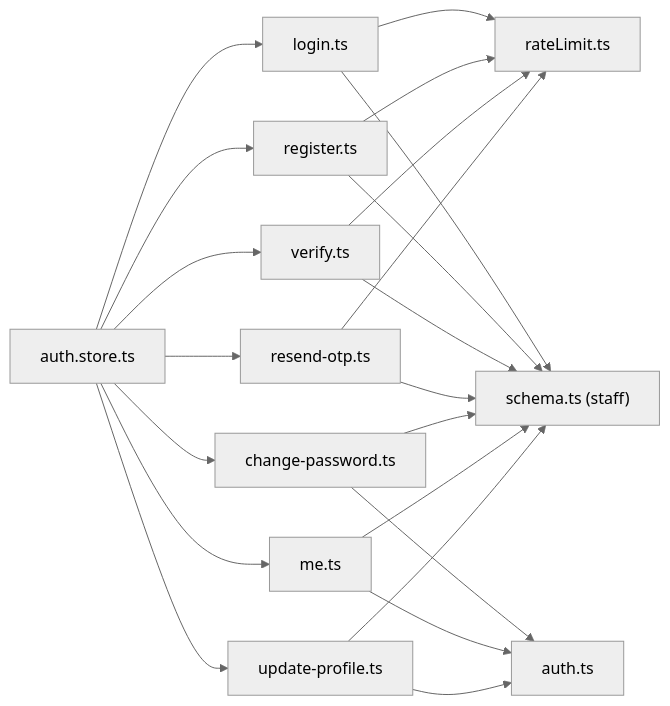
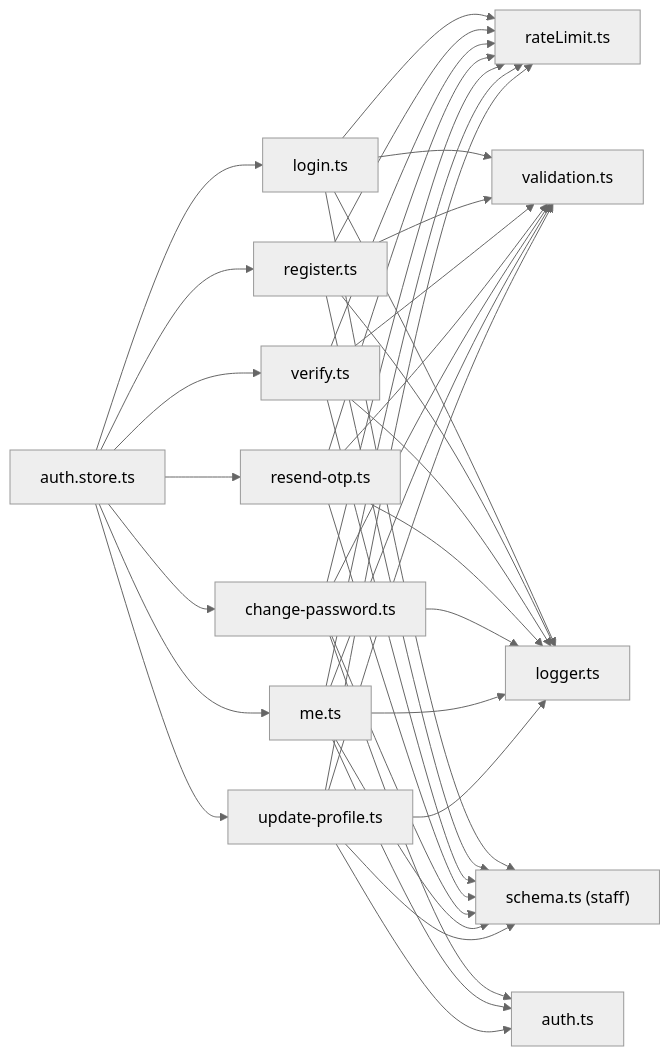
Before and after one commit to riod94/ngepos: the third of 3 diagrams in .qoder/repowiki/en/content/API Reference/Authentication API.md, drawn with Mermaid (neutral theme). The commit also changed other lines of this file and 51 other files, not shown here.

````diff
--- a/.qoder/repowiki/en/content/API Reference/Authentication API.md
+++ b/.qoder/repowiki/en/content/API Reference/Authentication API.md
@@ -339,24 +436,41 @@
 ```mermaid
 graph LR
 L["login.ts"] --> RL["rateLimit.ts"]
+L --> VL["validation.ts"]
+L --> LG["logger.ts"]
 L --> SCH["schema.ts (staff)"]
 R["register.ts"] --> RL
+R --> VL
+R --> LG
 R --> SCH
 V["verify.ts"] --> RL
+V --> VL
+V --> LG
 V --> SCH
 RO["resend-otp.ts"] --> RL
+RO --> VL
+RO --> LG
 RO --> SCH
 CP["change-password.ts"] --> AU["auth.ts"]
+CP --> RL
+CP --> VL
+CP --> LG
 CP --> SCH
 M["me.ts"] --> AU
+M --> RL
+M --> VL
+M --> LG
 M --> SCH
 UP["update-profile.ts"] --> AU
+UP --> RL
+UP --> VL
+UP --> LG
 UP --> SCH
 FE["auth.store.ts"] --> L
 FE --> R
 FE --> V
 FE --> RO
 FE --> CP
 FE --> M
 FE --> UP
 ```
````
